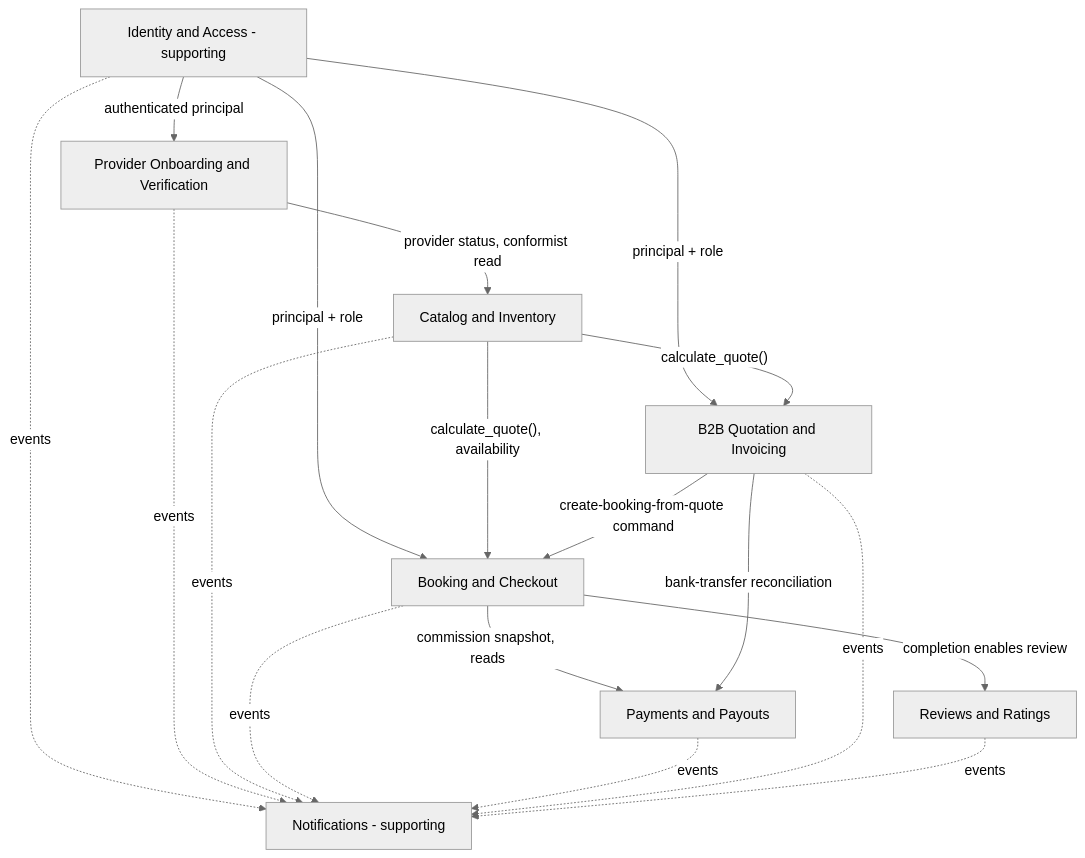
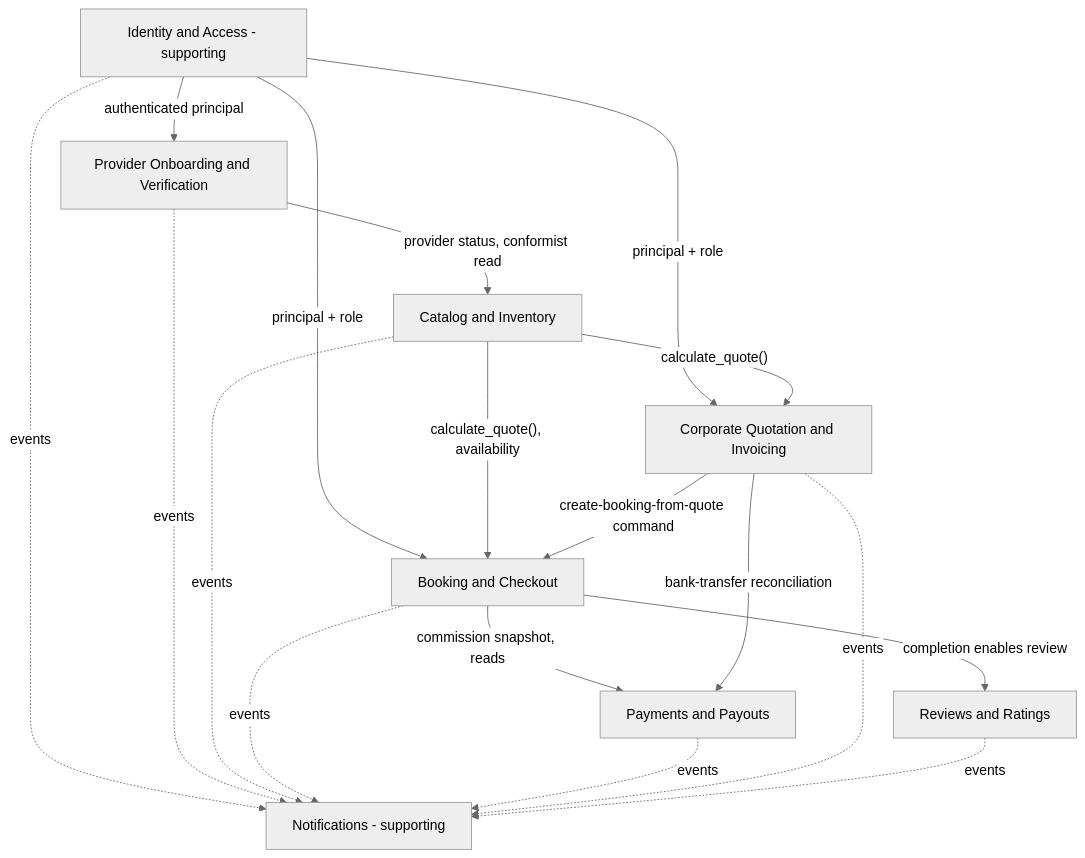
The first of 2 diagrams in docs/architecture/bounded-contexts/index.md (markmamba/redcab-docs), drawn with Mermaid (neutral theme) before and after one commit. The commit also changed other lines of this file and 61 other files, not shown here.

````diff
--- a/docs/architecture/bounded-contexts/index.md
+++ b/docs/architecture/bounded-contexts/index.md
@@ -166,20 +166,20 @@
 ```mermaid
 graph TD
   Identity[Identity and Access - supporting] -->|authenticated principal| Onboard[Provider Onboarding and Verification]
   Identity -->|principal + role| Booking[Booking and Checkout]
-  Identity -->|principal + role| B2B[B2B Quotation and Invoicing]
+  Identity -->|principal + role| CORP[Corporate Quotation and Invoicing]
   Onboard -->|provider status, conformist read| Catalog[Catalog and Inventory]
   Catalog -->|"calculate_quote(), availability"| Booking
-  Catalog -->|"calculate_quote()"| B2B
-  B2B -->|create-booking-from-quote command| Booking
+  Catalog -->|"calculate_quote()"| CORP
+  CORP -->|create-booking-from-quote command| Booking
   Booking -->|commission snapshot, reads| Payments[Payments and Payouts]
-  B2B -->|bank-transfer reconciliation| Payments
+  CORP -->|bank-transfer reconciliation| Payments
   Booking -->|completion enables review| Reviews[Reviews and Ratings]
   Identity -. events .-> Notif[Notifications - supporting]
   Onboard -. events .-> Notif
   Catalog -. events .-> Notif
   Booking -. events .-> Notif
   Payments -. events .-> Notif
-  B2B -. events .-> Notif
+  CORP -. events .-> Notif
   Reviews -. events .-> Notif
 ```
````
